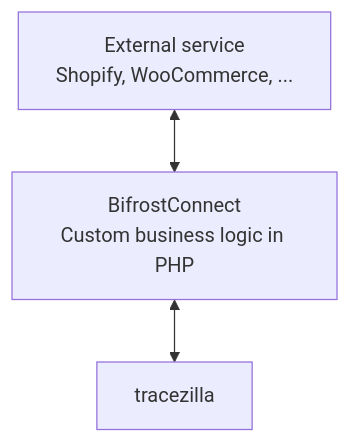
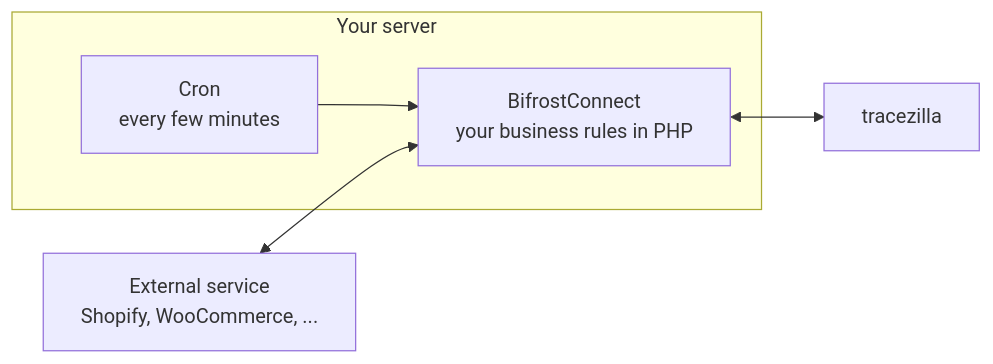
The diagram in index.md (Happy-Bananas/tracezilla-integrations-docs), drawn with Mermaid before and after one commit. The commit also changed other lines of this file, not shown here.

Commit message:
Explain self-hosting and cron on the home page

```diff
--- a/index.md
+++ b/index.md
@@ -14,9 +20,13 @@
 <pre class="mermaid">
-flowchart TB
+flowchart LR
+    subgraph Server["Your server"]
+        Cron["Cron<br>every few minutes"]
+        Bifrost["BifrostConnect<br>your business rules in PHP"]
+        Cron --> Bifrost
+    end
     Service["External service<br>Shopify, WooCommerce, ..."]
-    Bifrost["BifrostConnect<br>Custom business logic in PHP"]
     Tracezilla[tracezilla]
 
     Service <--> Bifrost
     Bifrost <--> Tracezilla
 </pre>
```
